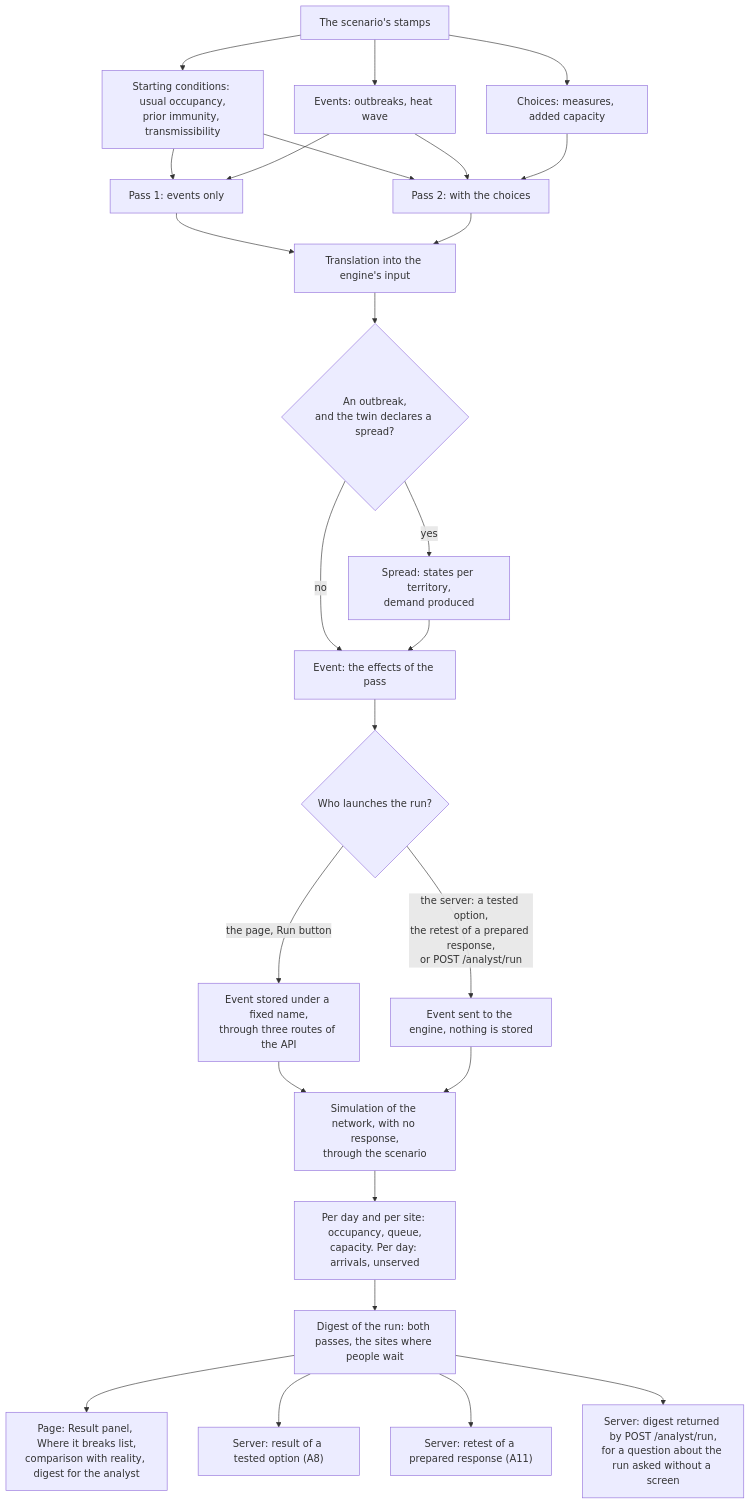
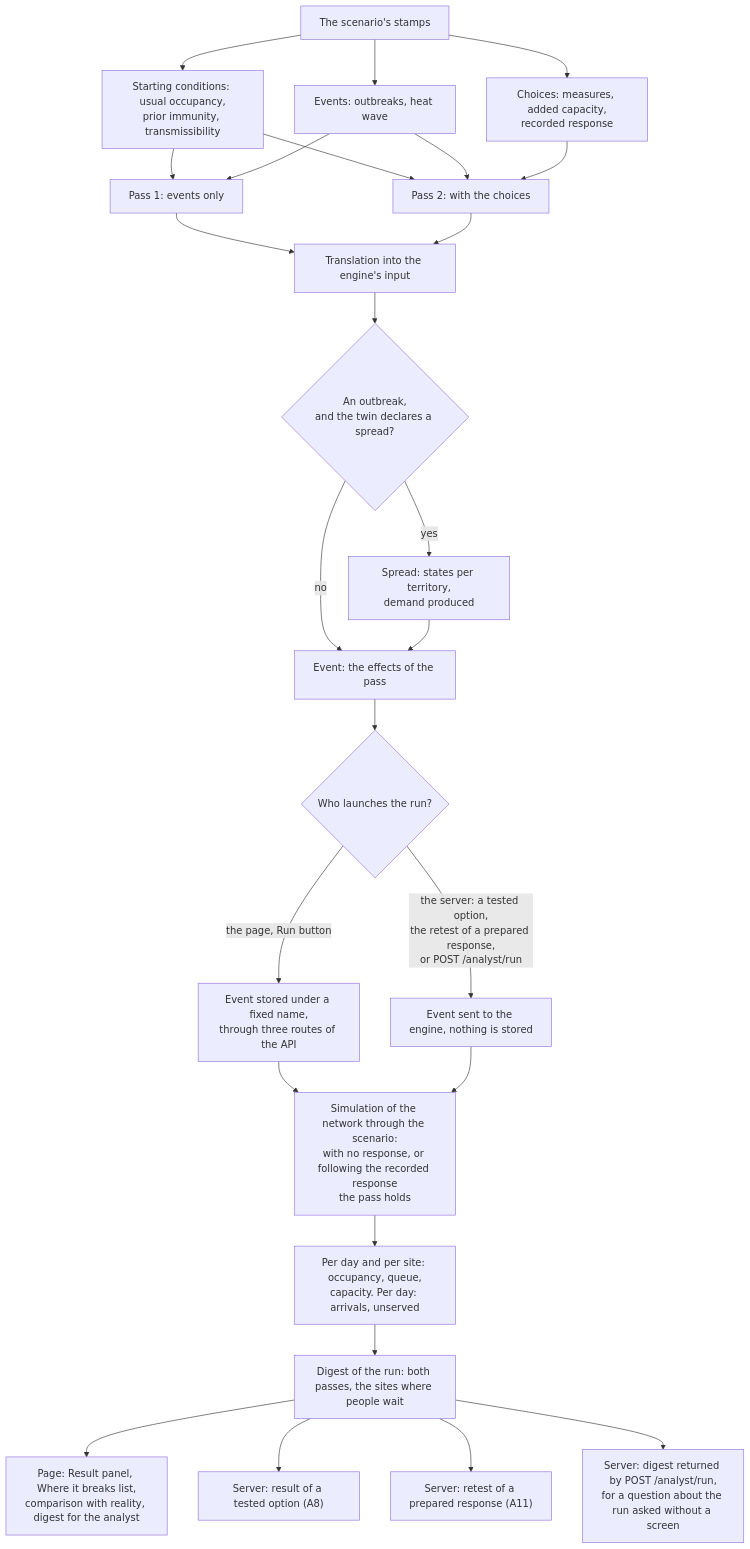
The fourth of 33 diagrams in frontend/content/docs/product/algorithms.md (V1ktor7/obscyro), drawn with Mermaid before and after one commit. The commit also changed other lines of this file and 35 other files, not shown here.

````diff
--- a/frontend/content/docs/product/algorithms.md
+++ b/frontend/content/docs/product/algorithms.md
@@ -183,28 +183,28 @@
 ```mermaid
 flowchart TD
     S["The scenario's stamps"] --> C["Starting conditions: usual occupancy,<br/>prior immunity, transmissibility"]
     S --> E["Events: outbreaks, heat wave"]
-    S --> K["Choices: measures, added capacity"]
+    S --> K["Choices: measures, added capacity,<br/>recorded response"]
     C --> V1["Pass 1: events only"]
     E --> V1
     C --> V2["Pass 2: with the choices"]
     E --> V2
     K --> V2
     V1 --> T["Translation into the engine's input"]
     V2 --> T
     T --> P{"An outbreak,<br/>and the twin declares a spread?"}
     P -->|"yes"| SP["Spread: states per territory,<br/>demand produced"]
     P -->|"no"| EV["Event: the effects of the pass"]
     SP --> EV
     EV --> W{"Who launches the run?"}
     W -->|"the page, Run button"| EP["Event stored under a fixed name,<br/>through three routes of the API"]
     W -->|"the server: a tested option,<br/>the retest of a prepared response,<br/>or POST /analyst/run"| ES["Event sent to the engine, nothing is stored"]
-    EP --> RUN["Simulation of the network, with no response,<br/>through the scenario"]
+    EP --> RUN["Simulation of the network through the scenario:<br/>with no response, or following the recorded response<br/>the pass holds"]
     ES --> RUN
     RUN --> G["Per day and per site: occupancy, queue,<br/>capacity. Per day: arrivals, unserved"]
     G --> D["Digest of the run: both passes, the sites where people wait"]
     D --> R["Page: Result panel, Where it breaks list,<br/>comparison with reality, digest for the analyst"]
     D --> O["Server: result of a tested option (A8)"]
     D --> O3["Server: retest of a prepared response (A11)"]
     D --> O2["Server: digest returned by POST /analyst/run,<br/>for a question about the run asked without a screen"]
 ```
````
